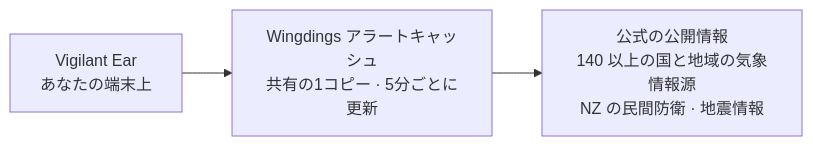
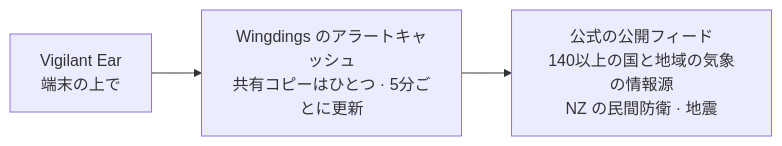
One commit to rpalm01-star/VigilantEarLegal changed the fourth of 4 diagrams in README_ja.md. Above: the diagram before and after it, drawn with Mermaid. The commit also changed other lines of this file and 14 other files, not shown here.

````diff
--- a/README_ja.md
+++ b/README_ja.md
@@ -182,5 +217,5 @@
 ```mermaid
 graph LR
-    P1["Vigilant Ear<br/>あなたの端末上"] --> W["Wingdings アラートキャッシュ<br/>共有の1コピー · 5分ごとに更新"]
-    W --> N["公式の公開情報<br/>140 以上の国と地域の気象情報源<br/>NZ の民間防衛 · 地震情報"]
+    P1["Vigilant Ear<br/>端末の上で"] --> W["Wingdings のアラートキャッシュ<br/>共有コピーはひとつ · 5分ごとに更新"]
+    W --> N["公式の公開フィード<br/>140以上の国と地域の気象の情報源<br/>NZ の民間防衛 · 地震"]
 ```
````
